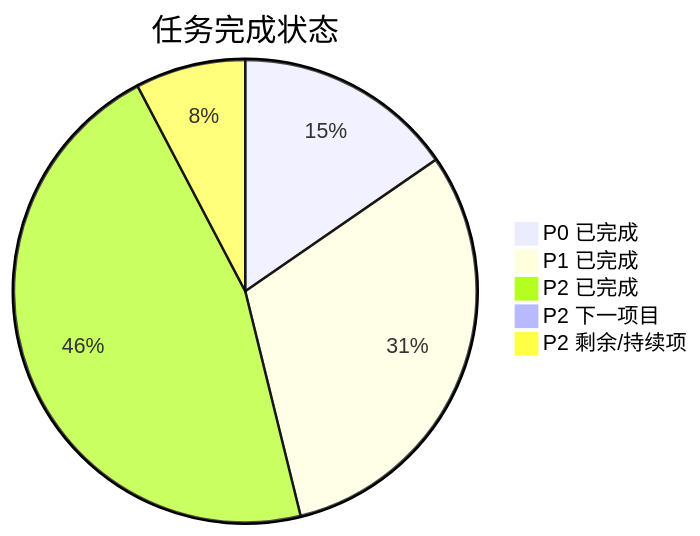
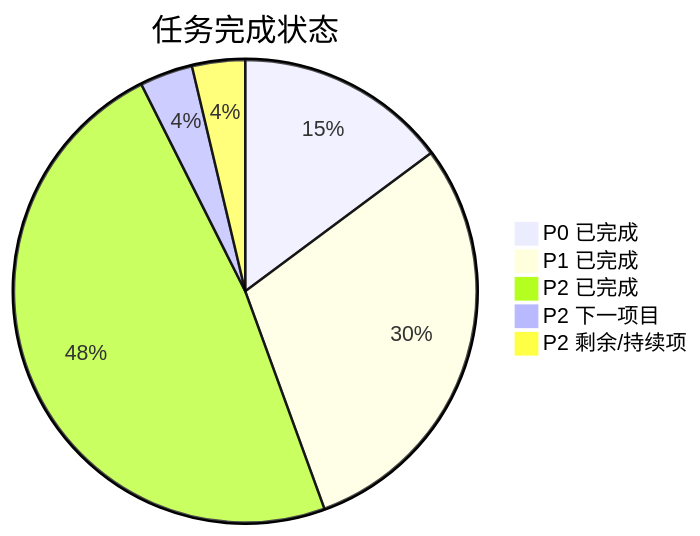
One commit to drearycold/YetAnotherEBookReader changed the first of 3 diagrams in .agents/plans/REFACTOR_PLAN.claude.progress.md. Above: the diagram before and after it, drawn with Mermaid. The commit also changed other lines of this file and 9 other files, not shown here.

````diff
--- a/.agents/plans/REFACTOR_PLAN.claude.progress.md
+++ b/.agents/plans/REFACTOR_PLAN.claude.progress.md
@@ -10,8 +10,8 @@
 ```mermaid
 pie title 任务完成状态
     "P0 已完成" : 4
     "P1 已完成" : 8
-    "P2 已完成" : 12
-    "P2 下一项目" : 0
-    "P2 剩余/持续项" : 2
+    "P2 已完成" : 13
+    "P2 下一项目" : 1
+    "P2 剩余/持续项" : 1
 ```
````
